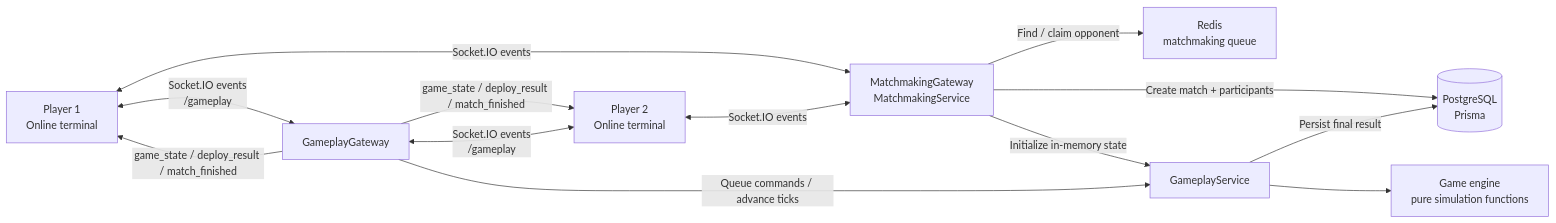
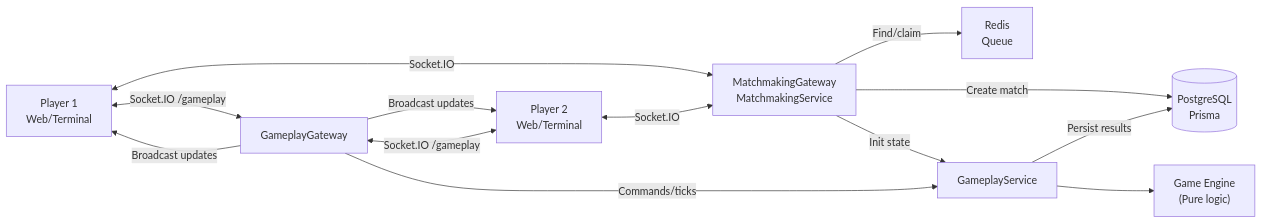
The diagram in README.md (yousefsaad12/WarLand), drawn with Mermaid before and after one commit. The commit also changed other lines of this file and 4 other files, not shown here.

````diff
--- a/README.md
+++ b/README.md
@@ -44,15 +76,15 @@
 ```mermaid
 flowchart LR
-    P1["Player 1<br/>Online terminal"] <-->|"Socket.IO events"| MM["MatchmakingGateway<br/>MatchmakingService"]
-    P2["Player 2<br/>Online terminal"] <-->|"Socket.IO events"| MM
-    P1 <-->|"Socket.IO events<br/>/gameplay"| GW["GameplayGateway"]
-    P2 <-->|"Socket.IO events<br/>/gameplay"| GW
-    MM -->|"Find / claim opponent"| R["Redis<br/>matchmaking queue"]
-    MM -->|"Create match + participants"| DB[("PostgreSQL<br/>Prisma")]
-    MM -->|"Initialize in-memory state"| GS["GameplayService"]
-    GW -->|"Queue commands / advance ticks"| GS
-    GS --> ENG["Game engine<br/>pure simulation functions"]
-    GS -->|"Persist final result"| DB
-    GW -->|"game_state / deploy_result / match_finished"| P1
-    GW -->|"game_state / deploy_result / match_finished"| P2
+    P1["Player 1<br/>Web/Terminal"] <-->|"Socket.IO"| MM["MatchmakingGateway<br/>MatchmakingService"]
+    P2["Player 2<br/>Web/Terminal"] <-->|"Socket.IO"| MM
+    P1 <-->|"Socket.IO /gameplay"| GW["GameplayGateway"]
+    P2 <-->|"Socket.IO /gameplay"| GW
+    MM -->|"Find/claim"| R["Redis<br/>Queue"]
+    MM -->|"Create match"| DB[("PostgreSQL<br/>Prisma")]
+    MM -->|"Init state"| GS["GameplayService"]
+    GW -->|"Commands/ticks"| GS
+    GS --> ENG["Game Engine<br/>(Pure logic)"]
+    GS -->|"Persist results"| DB
+    GW -->|"Broadcast updates"| P1
+    GW -->|"Broadcast updates"| P2
 ```
````
